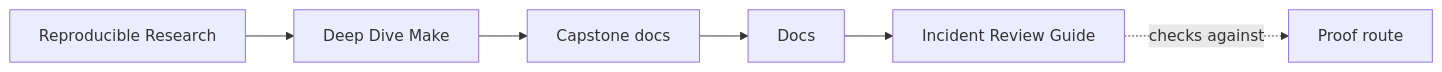
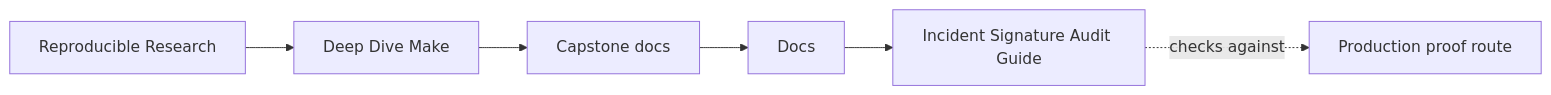
One commit to bijux/bijux-masterclass changed the first of 3 diagrams in programs/reproducible-research/deep-dive-make/capstone/docs/incident-review-guide.md. Above: the diagram before and after it, drawn with Mermaid. The commit also changed other lines of this file, not shown here.

Commit message:
docs(make): teach incident signature review

````diff
--- a/programs/reproducible-research/deep-dive-make/capstone/docs/incident-review-guide.md
+++ b/programs/reproducible-research/deep-dive-make/capstone/docs/incident-review-guide.md
@@ -6,12 +6,12 @@
 ```mermaid
 graph LR
   family["Reproducible Research"]
   program["Deep Dive Make"]
   guide["Capstone docs"]
   section["Docs"]
-  page["Incident Review Guide"]
-  proof["Proof route"]
+  page["Incident Signature Audit Guide"]
+  proof["Production proof route"]
 
   family --> program --> guide --> section --> page
   page -.checks against.-> proof
 ```
````
